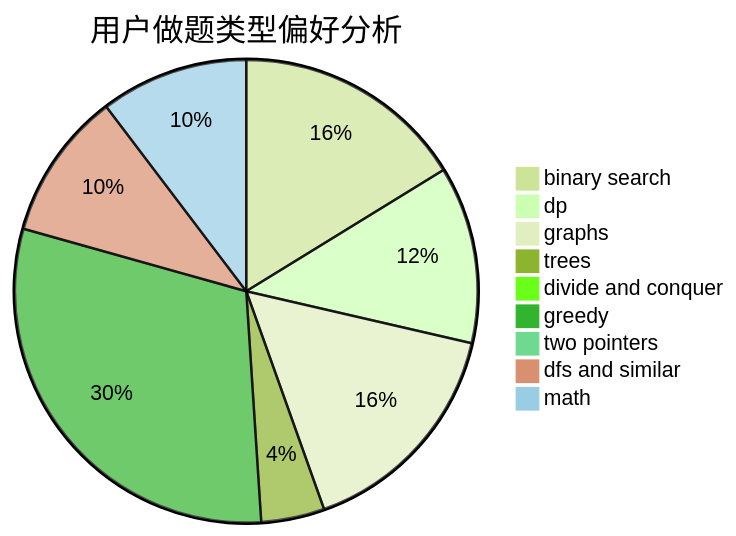
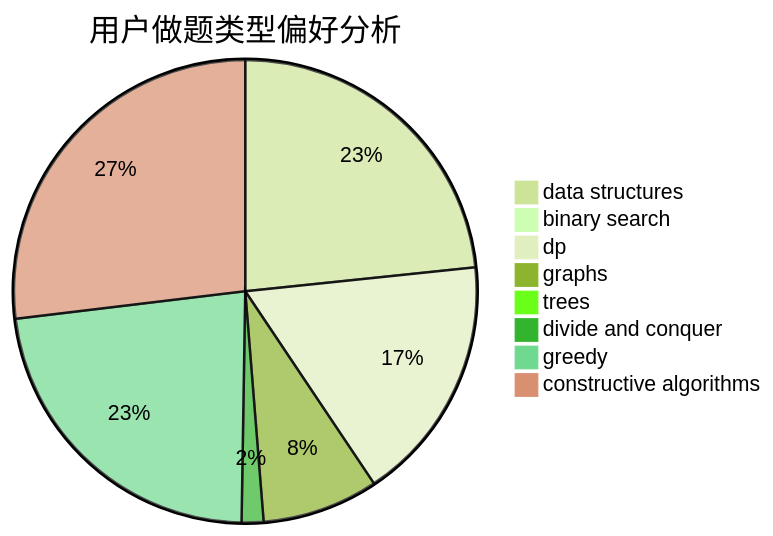
The second of 3 diagrams in docs/user/u2691.md (sherpahu/cfrs.github.io), drawn with Mermaid (forest theme) before and after one commit. The commit also changed other lines of this file and 2775 other files, not shown here.

````diff
--- a/docs/user/u2691.md
+++ b/docs/user/u2691.md
@@ -23,12 +23,11 @@
 ```mermaid
 pie title 用户做题类型偏好分析
-    "binary search" :  55
-    "dp" :  42
-    "graphs" :  54
-    "trees" :  15
+    "data structures" :  46
+    "binary search" :  0
+    "dp" :  34
+    "graphs" :  16
+    "trees" :  0
     "divide and conquer" :  3
-    "greedy" :  103
-    "two pointers" :  1
-    "dfs and similar" :  35
-    "math" :  35
+    "greedy" :  45
+    "constructive algorithms" :  53
 ```
````
